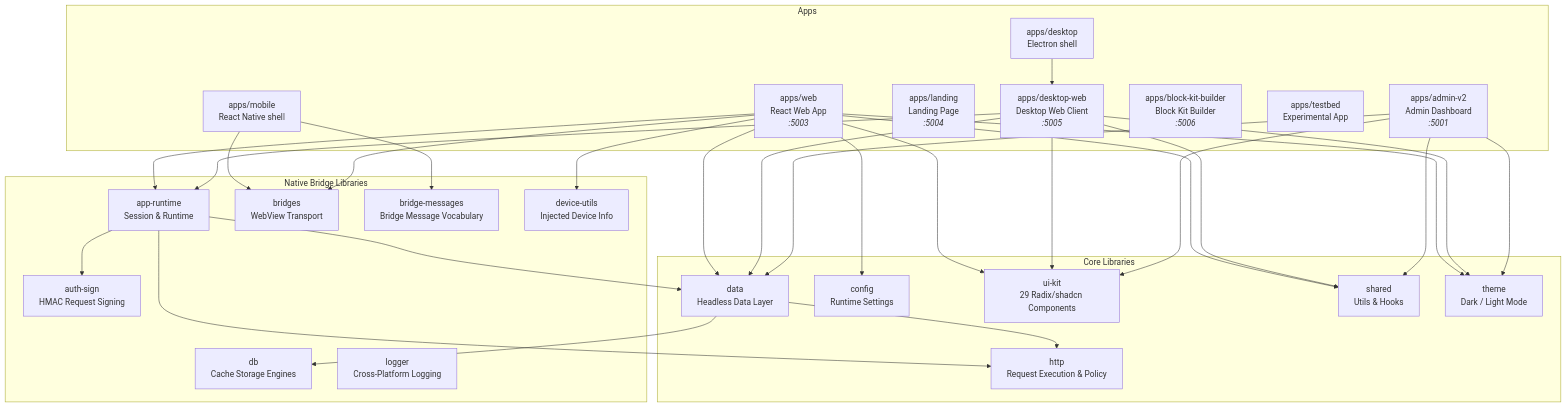
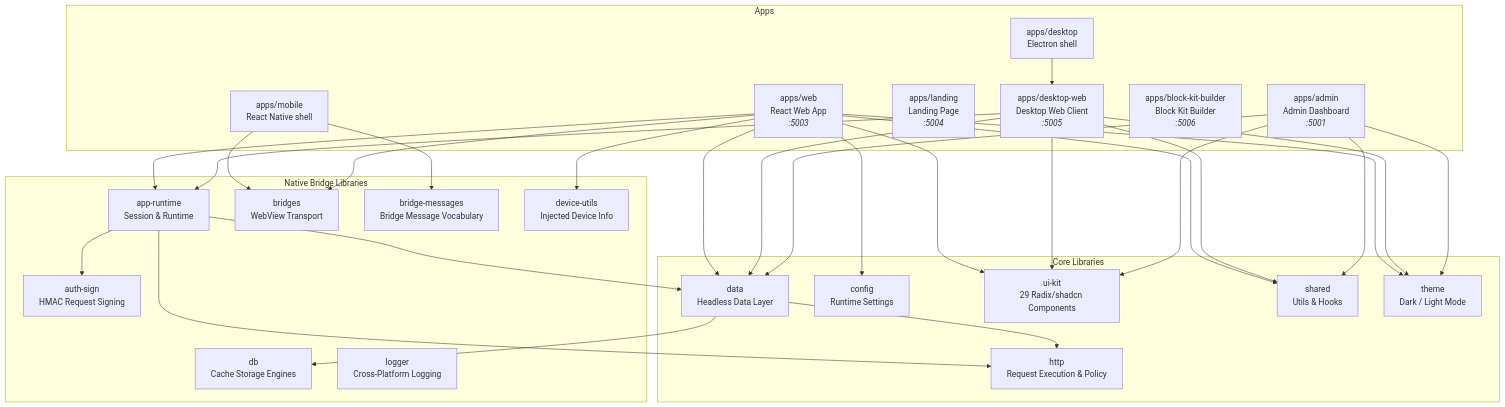
Before and after one commit to lemoncloud-io/dou-app: the diagram in README.md, drawn with Mermaid. The commit also changed other lines of this file and 484 other files, not shown here.

First line of the commit message:
refactor(admin,testbed): retire apps/testbed and rename apps/admin-v2 to apps/admin

````diff
--- a/README.md
+++ b/README.md
@@ -91,41 +90,40 @@
 ```mermaid
 graph TB
     subgraph Apps
         WEB["apps/web<br/>React Web App<br/><i>:5003</i>"]
-        ADMINV2["apps/admin-v2<br/>Admin Dashboard<br/><i>:5001</i>"]
+        ADMIN["apps/admin<br/>Admin Dashboard<br/><i>:5001</i>"]
         LANDING["apps/landing<br/>Landing Page<br/><i>:5004</i>"]
         DESKWEB["apps/desktop-web<br/>Desktop Web Client<br/><i>:5005</i>"]
         BKB["apps/block-kit-builder<br/>Block Kit Builder<br/><i>:5006</i>"]
-        TESTBED["apps/testbed<br/>Experimental App"]
         MOBILE["apps/mobile<br/>React Native shell"]
         DESKTOP["apps/desktop<br/>Electron shell"]
     end
 
     subgraph Core["Core Libraries"]
         DATA["data<br/>Headless Data Layer"]
         HTTP["http<br/>Request Execution & Policy"]
         CONFIG["config<br/>Runtime Settings"]
         UIKIT["ui-kit<br/>29 Radix/shadcn Components"]
         SHARED["shared<br/>Utils & Hooks"]
         THEME["theme<br/>Dark / Light Mode"]
     end
 
     subgraph Native["Native Bridge Libraries"]
         RUNTIME["app-runtime<br/>Session & Runtime"]
         BRIDGES["bridges<br/>WebView Transport"]
         APPMSG["bridge-messages<br/>Bridge Message Vocabulary"]
         DEVICE["device-utils<br/>Injected Device Info"]
         DB["db<br/>Cache Storage Engines"]
         LOGGER["logger<br/>Cross-Platform Logging"]
         AUTHSIGN["auth-sign<br/>HMAC Request Signing"]
     end
 
     MOBILE --> BRIDGES & APPMSG
     DESKTOP --> DESKWEB
     WEB --> DATA & UIKIT & SHARED & THEME & CONFIG
     WEB --> RUNTIME & BRIDGES & DEVICE
     DESKWEB --> DATA & UIKIT & SHARED & THEME & RUNTIME
-    ADMINV2 --> DATA & UIKIT & SHARED & THEME
+    ADMIN --> DATA & UIKIT & SHARED & THEME
     RUNTIME --> DATA & HTTP & AUTHSIGN
     DATA --> DB & HTTP
 ```
````
